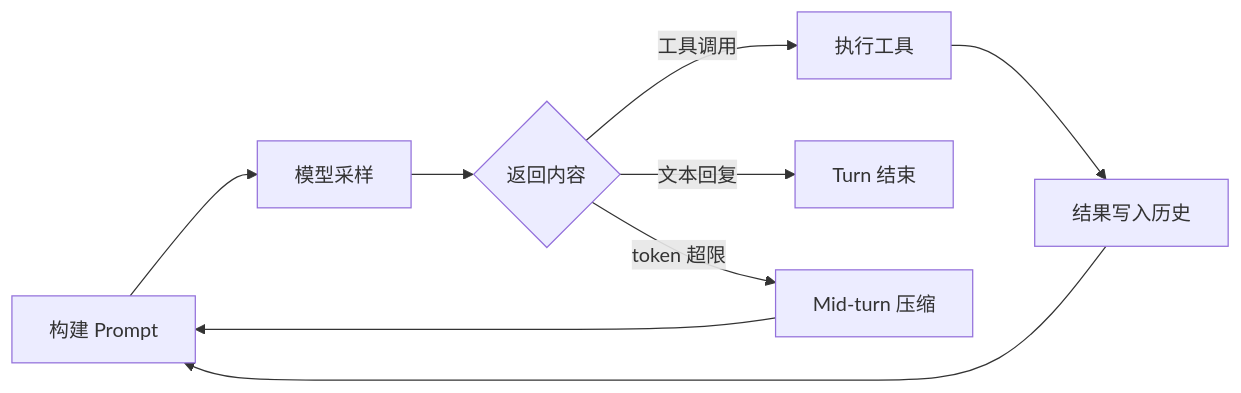
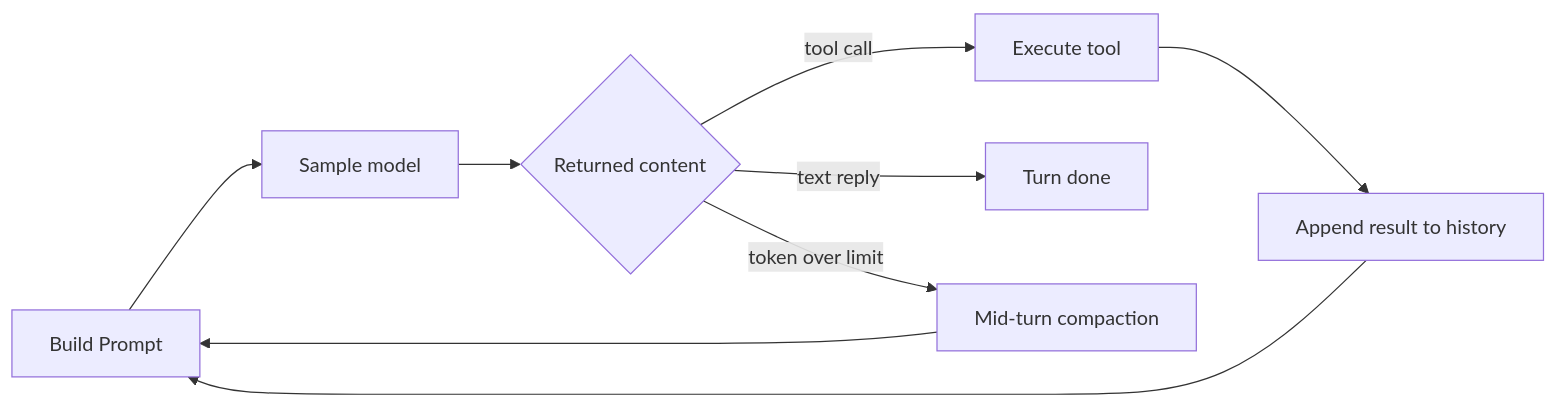
The fifth of 6 diagrams in wiki/01-architecture-overview.md (yibn2008/learn-codex), drawn with Mermaid before and after one commit. The commit also changed other lines of this file and 32 other files, not shown here.

````diff
--- a/wiki/01-architecture-overview.md
+++ b/wiki/01-architecture-overview.md
@@ -237,11 +239,11 @@
 ```mermaid
 graph LR
-    A[构建 Prompt] --> B[模型采样]
-    B --> C{返回内容}
-    C -->|工具调用| D[执行工具]
-    D --> E[结果写入历史]
+    A[Build Prompt] --> B[Sample model]
+    B --> C{Returned content}
+    C -->|tool call| D[Execute tool]
+    D --> E[Append result to history]
     E --> A
-    C -->|文本回复| F[Turn 结束]
-    C -->|token 超限| G[Mid-turn 压缩]
+    C -->|text reply| F[Turn done]
+    C -->|token over limit| G[Mid-turn compaction]
     G --> A
 ```
````
